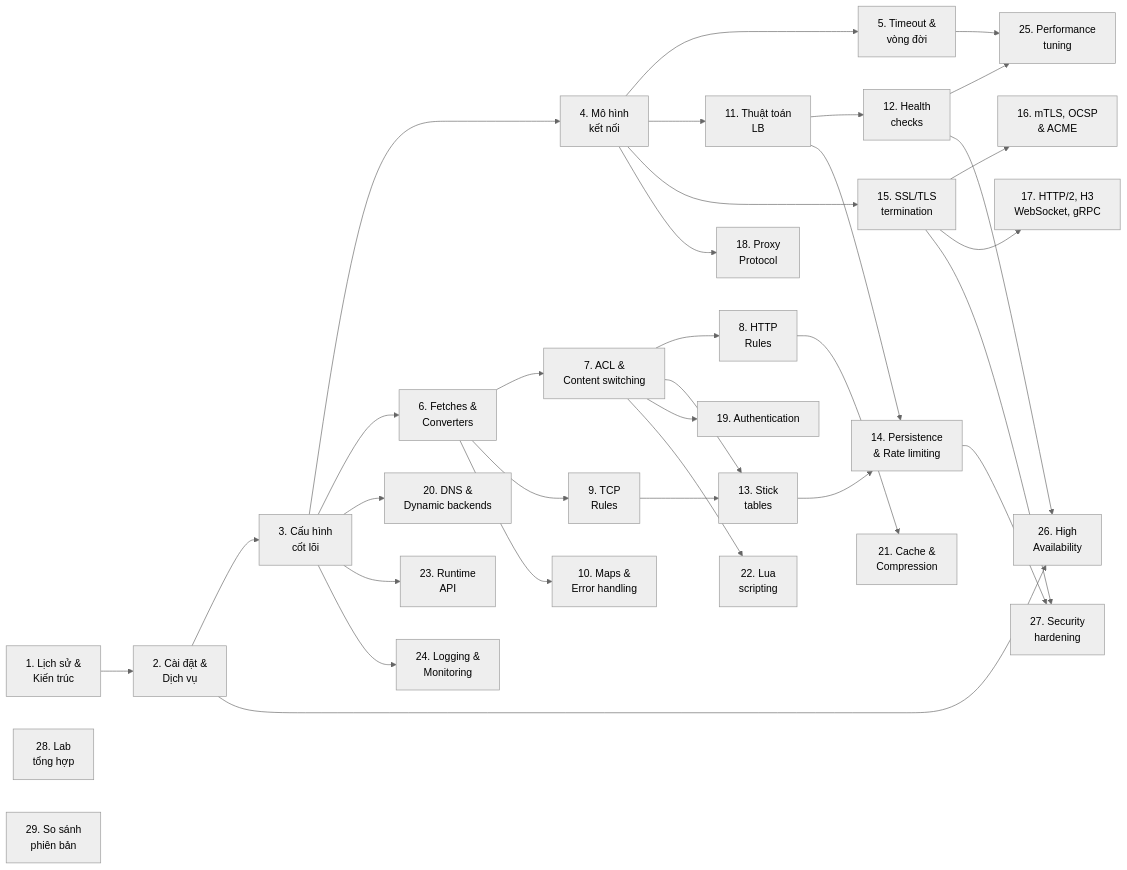
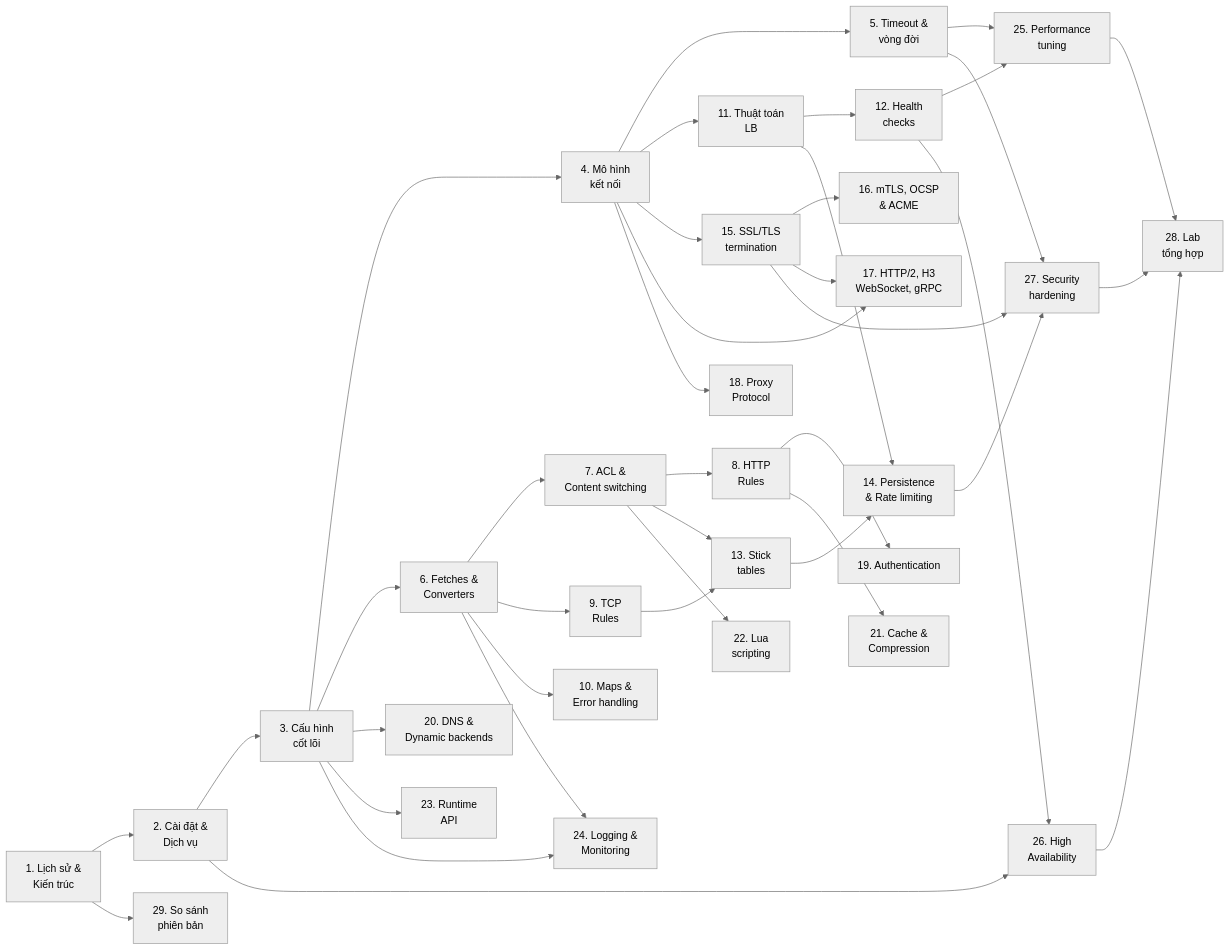
The diagram in haproxy-onboard/README.md (volehuy1998/network-onboard), drawn with Mermaid (neutral theme) before and after one commit. The commit also changed other lines of this file, not shown here.

Commit message:
fix(haproxy): update knowledge dependency map with 7 corrected edges
- Remove incorrect P7→P19 (ACL alone insufficient for auth rules)
- Add P8→P19 (authentication uses http-request rule actions)
- Add P4→P17 (HTTP/2 multiplexing needs connection model context)
- Add P6→P24 (log-format uses sample fetches from P6)
- Add P5→P27 (Slowloris defense requires timeout knowledge)
- Add P25/P26/P27→P28 (Lab 6 integrates all three preceding Parts)
- Add P1→P29 (version comparison needs architecture baseline)
- Update reading path with logging shortcut and P28/P29 guidance

````diff
--- a/haproxy-onboard/README.md
+++ b/haproxy-onboard/README.md
@@ -19,56 +19,63 @@
 ```mermaid
 graph LR
     P1["1. Lịch sử &<br/>Kiến trúc"]
     P2["2. Cài đặt &<br/>Dịch vụ"]
     P3["3. Cấu hình<br/>cốt lõi"]
     P4["4. Mô hình<br/>kết nối"]
     P5["5. Timeout &<br/>vòng đời"]
     P6["6. Fetches &<br/>Converters"]
     P7["7. ACL &<br/>Content switching"]
     P8["8. HTTP<br/>Rules"]
     P9["9. TCP<br/>Rules"]
     P10["10. Maps &<br/>Error handling"]
     P11["11. Thuật toán<br/>LB"]
     P12["12. Health<br/>checks"]
     P13["13. Stick<br/>tables"]
     P14["14. Persistence<br/>& Rate limiting"]
     P15["15. SSL/TLS<br/>termination"]
     P16["16. mTLS, OCSP<br/>& ACME"]
     P17["17. HTTP/2, H3<br/>WebSocket, gRPC"]
     P18["18. Proxy<br/>Protocol"]
     P19["19. Authentication"]
     P20["20. DNS &<br/>Dynamic backends"]
     P21["21. Cache &<br/>Compression"]
     P22["22. Lua<br/>scripting"]
     P23["23. Runtime<br/>API"]
     P24["24. Logging &<br/>Monitoring"]
     P25["25. Performance<br/>tuning"]
     P26["26. High<br/>Availability"]
     P27["27. Security<br/>hardening"]
     P28["28. Lab<br/>tổng hợp"]
     P29["29. So sánh<br/>phiên bản"]
 
     P1 --> P2 --> P3 --> P4 --> P5
     P3 --> P6 --> P7 --> P8
     P6 --> P9
     P6 --> P10
     P4 --> P11 --> P12
     P7 --> P13 --> P14
     P11 --> P14
     P9 --> P13
     P4 --> P15 --> P16
     P15 --> P17
+    P4 --> P17
     P4 --> P18
-    P7 --> P19
+    P8 --> P19
     P3 --> P20
     P8 --> P21
     P7 --> P22
     P3 --> P23
     P3 --> P24
+    P6 --> P24
     P5 --> P25
     P12 --> P25
     P2 --> P26
     P12 --> P26
+    P5 --> P27
     P14 --> P27
     P15 --> P27
+    P25 --> P28
+    P26 --> P28
+    P27 --> P28
+    P1 --> P29
 ```
````
